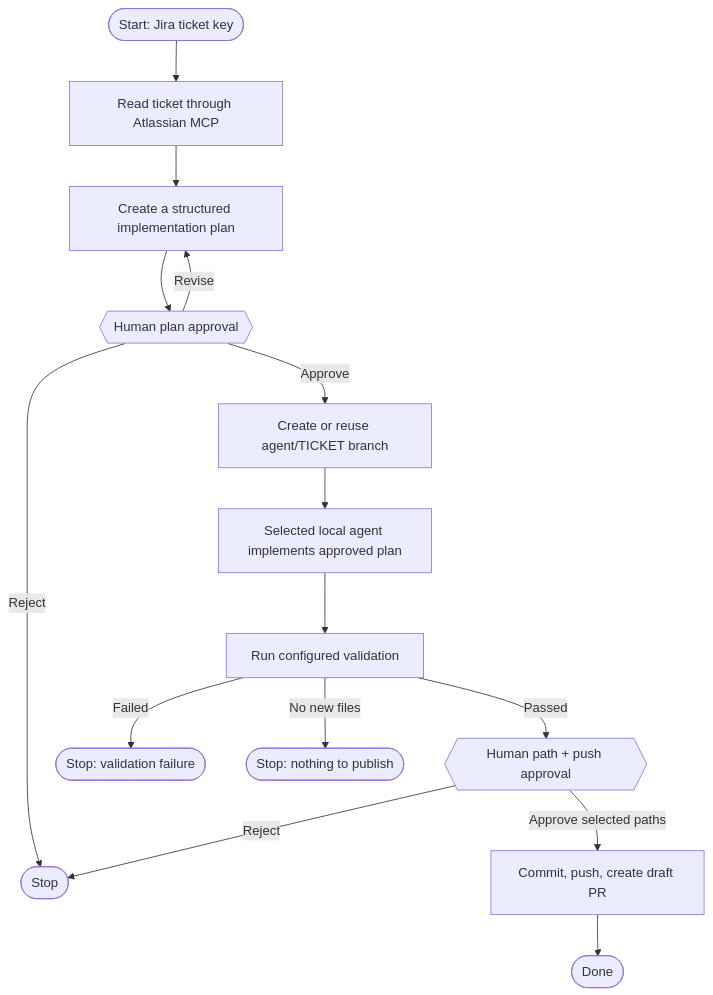
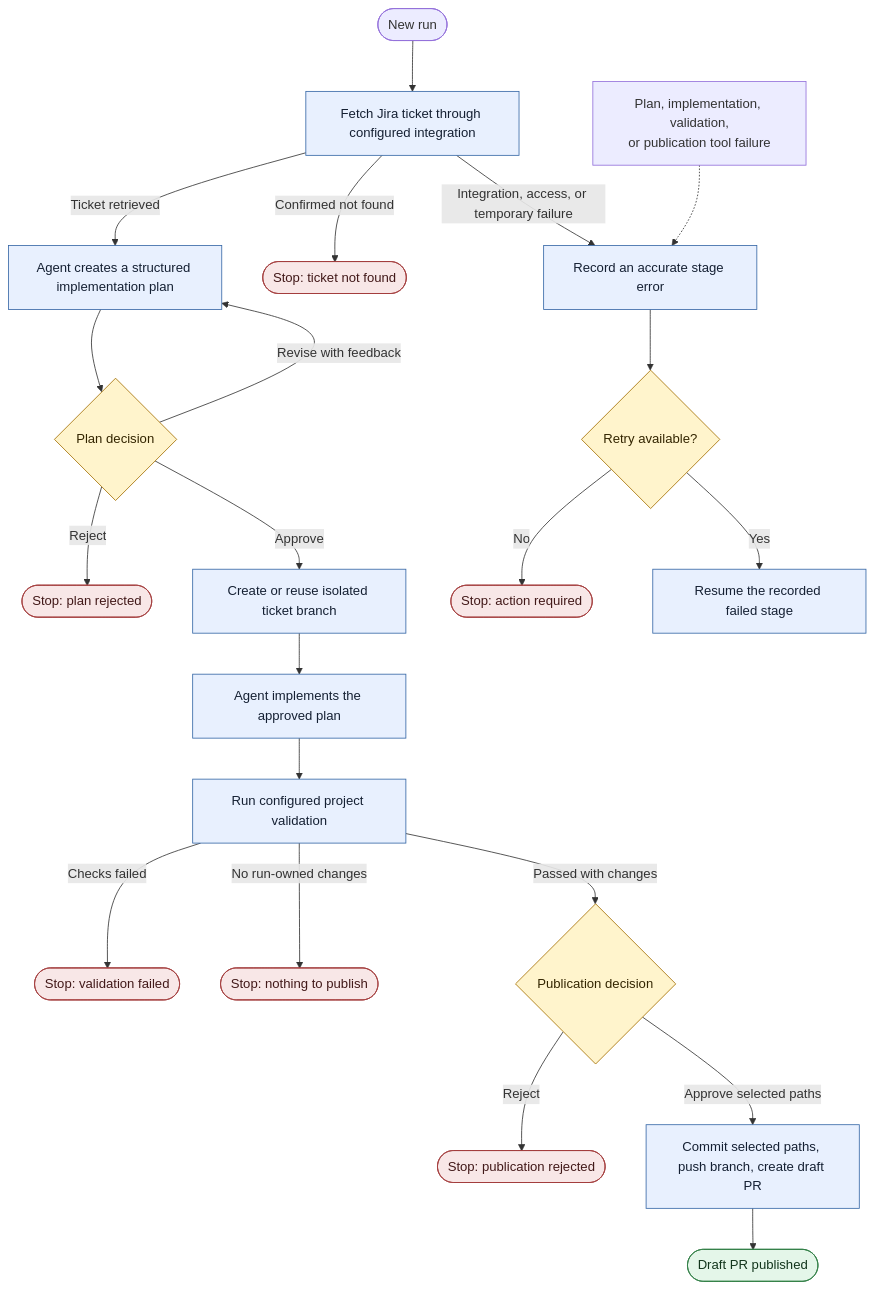
Before and after one commit to sleekapp-solutions/agentic-sdlc-workflows: the diagram in docs/graphs/jira_delivery.mmd, drawn with Mermaid. The commit also changed 17 other files, not shown here.

First line of the commit message:
Publish approved PR reviews, add stage-aware retry, and clarify Jira lookup failures

```diff
--- a/docs/graphs/jira_delivery.mmd
+++ b/docs/graphs/jira_delivery.mmd
@@ -1,15 +1,34 @@
 flowchart TD
-    start([Start: Jira ticket key]) --> ticket[Read ticket through Atlassian MCP]
-    ticket --> plan[Create a structured implementation plan]
-    plan --> planApproval{{Human plan approval}}
-    planApproval -->|Revise| plan
-    planApproval -->|Reject| stop([Stop])
-    planApproval -->|Approve| branch[Create or reuse agent/TICKET branch]
-    branch --> implement[Selected local agent implements approved plan]
-    implement --> validate[Run configured validation]
-    validate -->|Failed| validationFailed([Stop: validation failure])
-    validate -->|No new files| noChanges([Stop: nothing to publish])
-    validate -->|Passed| publishApproval{{Human path + push approval}}
-    publishApproval -->|Reject| stop
-    publishApproval -->|Approve selected paths| publish[Commit, push, create draft PR]
-    publish --> done([Done])
+    start([New run]) --> fetch[Fetch Jira ticket through configured integration]
+    fetch -->|Ticket retrieved| plan[Agent creates a structured implementation plan]
+    fetch -->|Confirmed not found| notFound([Stop: ticket not found])
+    fetch -->|Integration, access, or temporary failure| failed[Record an accurate stage error]
+
+    plan --> planApproval{Plan decision}
+    planApproval -->|Revise with feedback| plan
+    planApproval -->|Reject| rejected([Stop: plan rejected])
+    planApproval -->|Approve| branch[Create or reuse isolated ticket branch]
+
+    branch --> implement[Agent implements the approved plan]
+    implement --> validate[Run configured project validation]
+    validate -->|Checks failed| validationFailed([Stop: validation failed])
+    validate -->|No run-owned changes| noChanges([Stop: nothing to publish])
+    validate -->|Passed with changes| publishApproval{Publication decision}
+
+    publishApproval -->|Reject| pushRejected([Stop: publication rejected])
+    publishApproval -->|Approve selected paths| publish[Commit selected paths, push branch, create draft PR]
+    publish --> done([Draft PR published])
+
+    stageFailure[Plan, implementation, validation,<br/>or publication tool failure] -.-> failed
+    failed --> retryChoice{Retry available?}
+    retryChoice -->|No| errorStop([Stop: action required])
+    retryChoice -->|Yes| retry[Resume the recorded failed stage]
+
+    classDef action fill:#e8f0fe,stroke:#3667a6,color:#152033;
+    classDef decision fill:#fff4cc,stroke:#a46f00,color:#332500;
+    classDef success fill:#e4f6e9,stroke:#2f7d44,color:#12351c;
+    classDef stop fill:#f8e7e7,stroke:#a33d3d,color:#421919;
+    class fetch,plan,branch,implement,validate,publish,failed,retry action;
+    class planApproval,publishApproval,retryChoice decision;
+    class done success;
+    class notFound,errorStop,rejected,validationFailed,noChanges,pushRejected stop;
```
